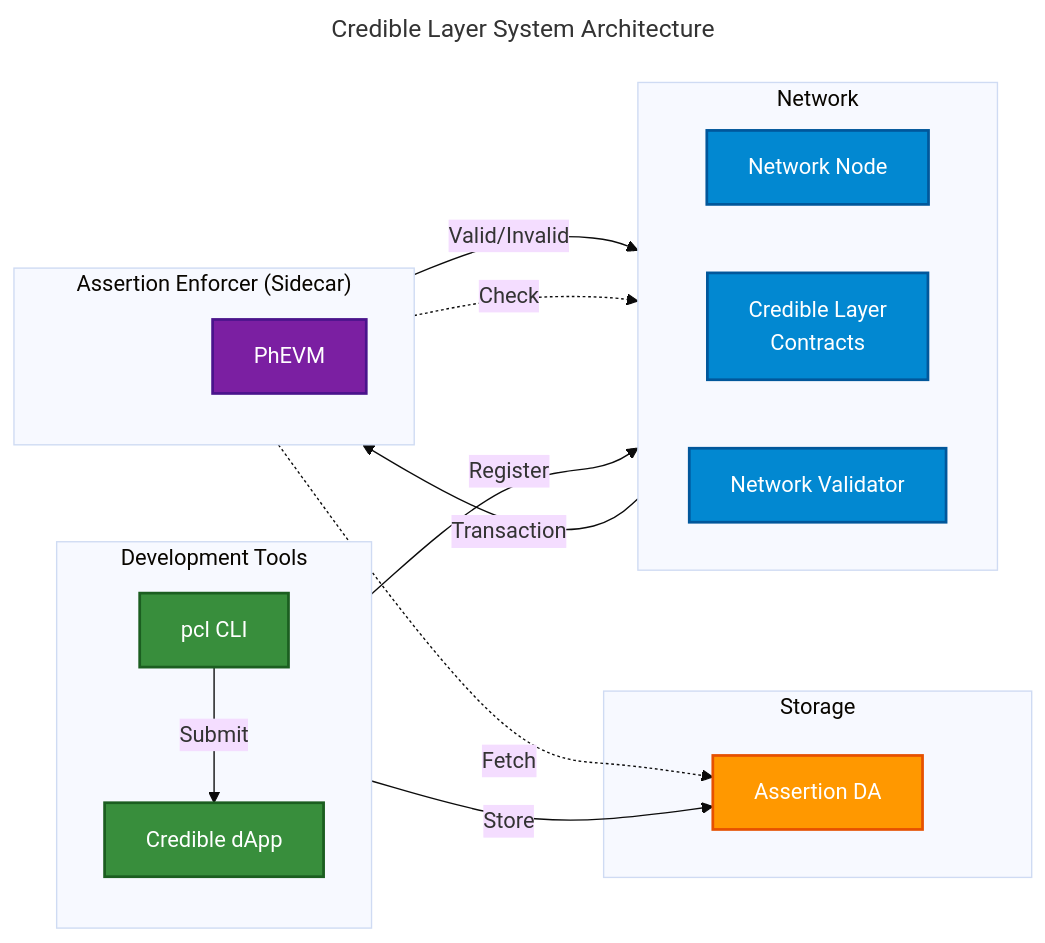
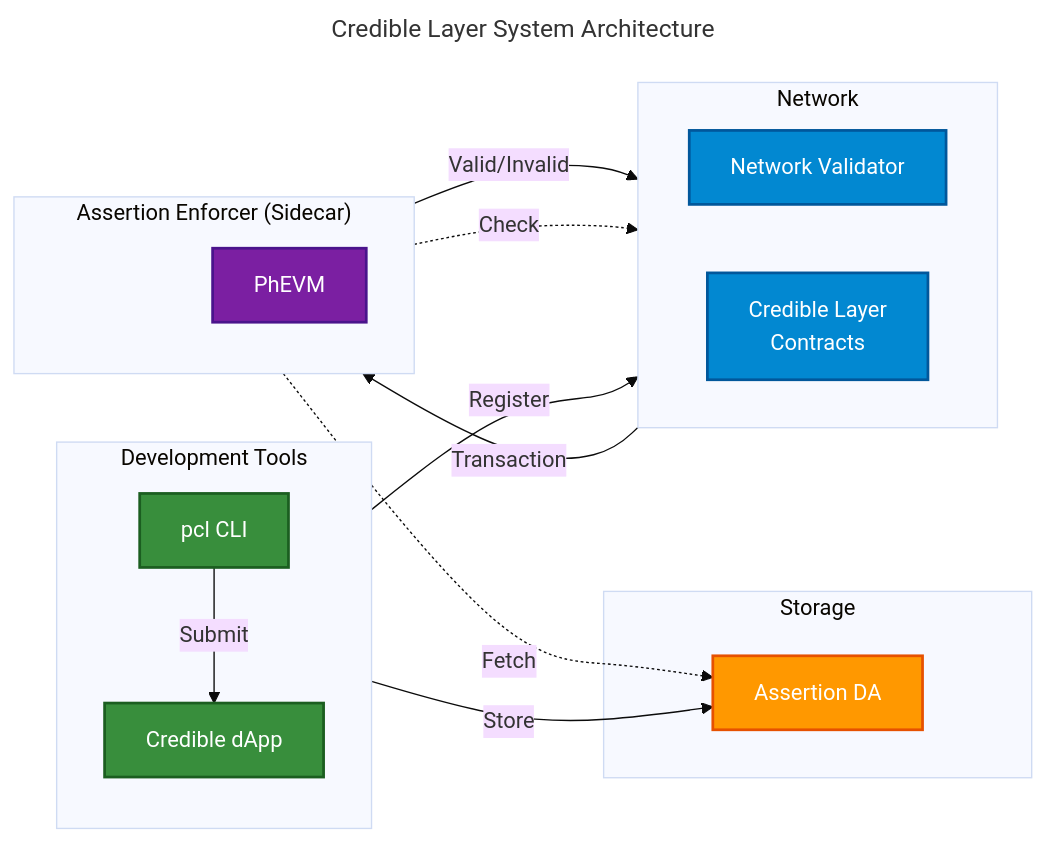
Before and after one commit to phylaxsystems/phylax-docs: the first of 3 diagrams in credible/architecture-overview.mdx, drawn with Mermaid (base theme). The commit also changed other lines of this file, not shown here.

Commit message:
merge network node and network validator

````diff
--- a/credible/architecture-overview.mdx
+++ b/credible/architecture-overview.mdx
@@ -39,49 +39,48 @@
 ```mermaid
 ---
 title: Credible Layer System Architecture
 ---
 flowchart LR
     subgraph dev["Development Tools"]
         direction TB
         CLI["pcl CLI"]
         DAPP["Credible dApp"]
     end
 
     subgraph storage["Storage"]
         DA["Assertion DA"]
     end
 
     subgraph network["Network"]
         direction LR
-        NODE["Network Node"]
+        VALIDATOR["Network Validator"]
         REGISTRY["Credible Layer<br/>Contracts"]
-        VALIDATOR["Network Validator"]
     end
 
     subgraph enforcer["Assertion Enforcer (Sidecar)"]
         direction TB
         SPACER_E[" "]
         PhEVM["PhEVM"]
     end
 
     CLI -->|"Store"| DA
     CLI -->|"Submit"| DAPP
     DAPP -->|"Register"| REGISTRY
 
-    NODE -->|"Transaction"| PhEVM
+    VALIDATOR -->|"Transaction"| PhEVM
     PhEVM -->|"Valid/Invalid"| VALIDATOR
     PhEVM -.->|"Fetch"| DA
     PhEVM -.->|"Check"| REGISTRY
 
     classDef dev fill:#388e3c,stroke:#1b5e20,stroke-width:2px,color:#fff
     classDef storage fill:#ff9800,stroke:#e65100,stroke-width:2px,color:#fff
     classDef network fill:#0288d1,stroke:#01579b,stroke-width:2px,color:#fff
     classDef sidecar fill:#7b1fa2,stroke:#4a148c,stroke-width:2px,color:#fff
     classDef invisible fill:none,stroke:none
 
     class CLI,DAPP dev
     class DA storage
-    class NODE,REGISTRY,VALIDATOR network
+    class VALIDATOR,REGISTRY network
     class PhEVM sidecar
     class SPACER_E invisible
 ```
````
